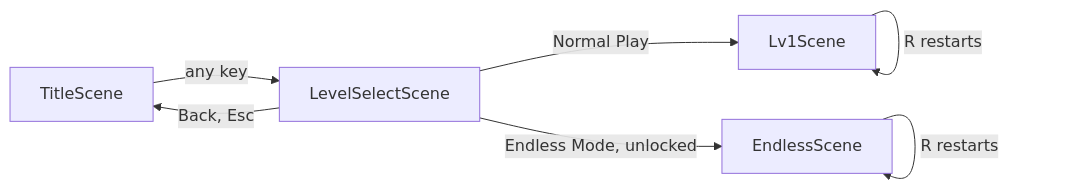
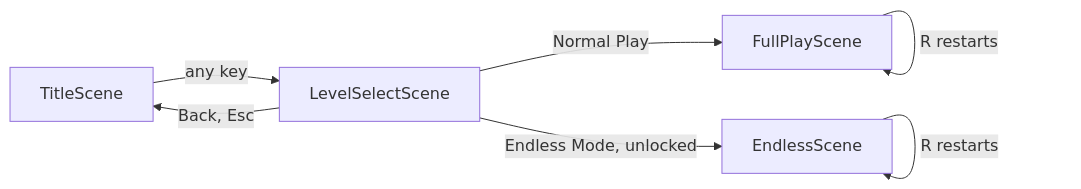
Before and after one commit to CSCI-526/Team4-Lu_Lu: the first of 4 diagrams in docs/monkobra-tdd.md, drawn with Mermaid. The commit also changed other lines of this file and 22 other files, not shown here.

````diff
--- a/docs/monkobra-tdd.md
+++ b/docs/monkobra-tdd.md
@@ -43,9 +43,9 @@
 ```mermaid
 graph LR
   Title[TitleScene] -->|any key| Select[LevelSelectScene]
-  Select -->|Normal Play| Full[Lv1Scene]
+  Select -->|Normal Play| Full[FullPlayScene]
   Select -->|Endless Mode, unlocked| Endless[EndlessScene]
   Select -->|Back, Esc| Title
   Full -->|R restarts| Full
   Endless -->|R restarts| Endless
 ```
````
